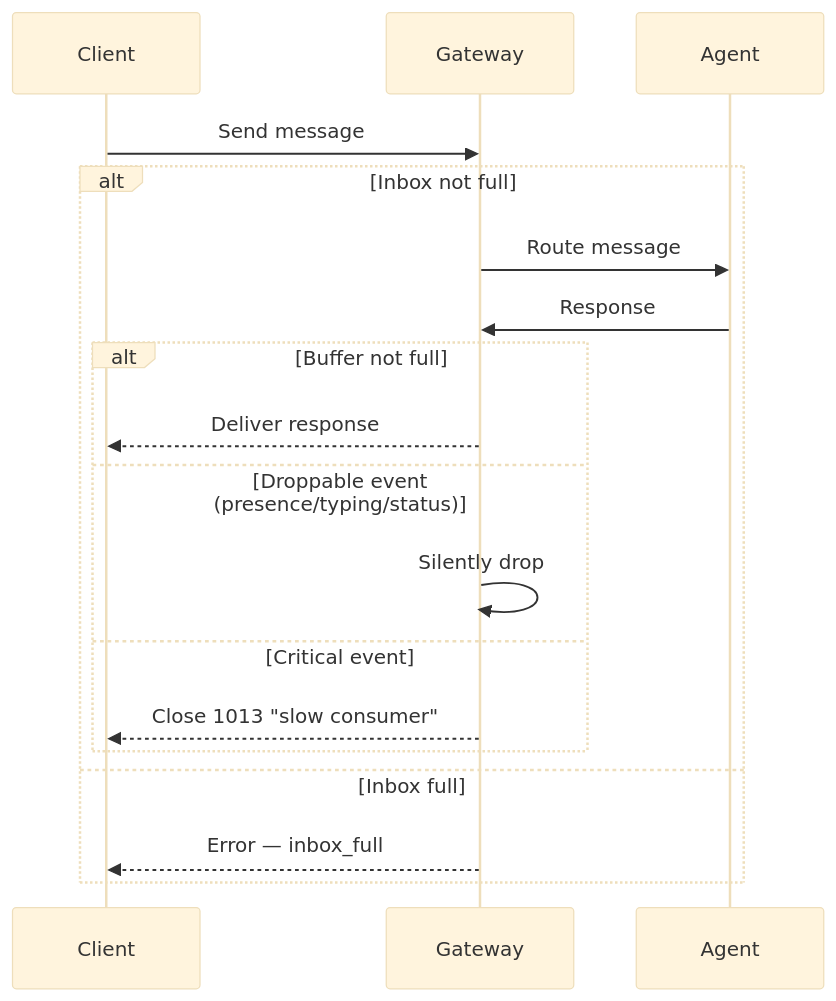
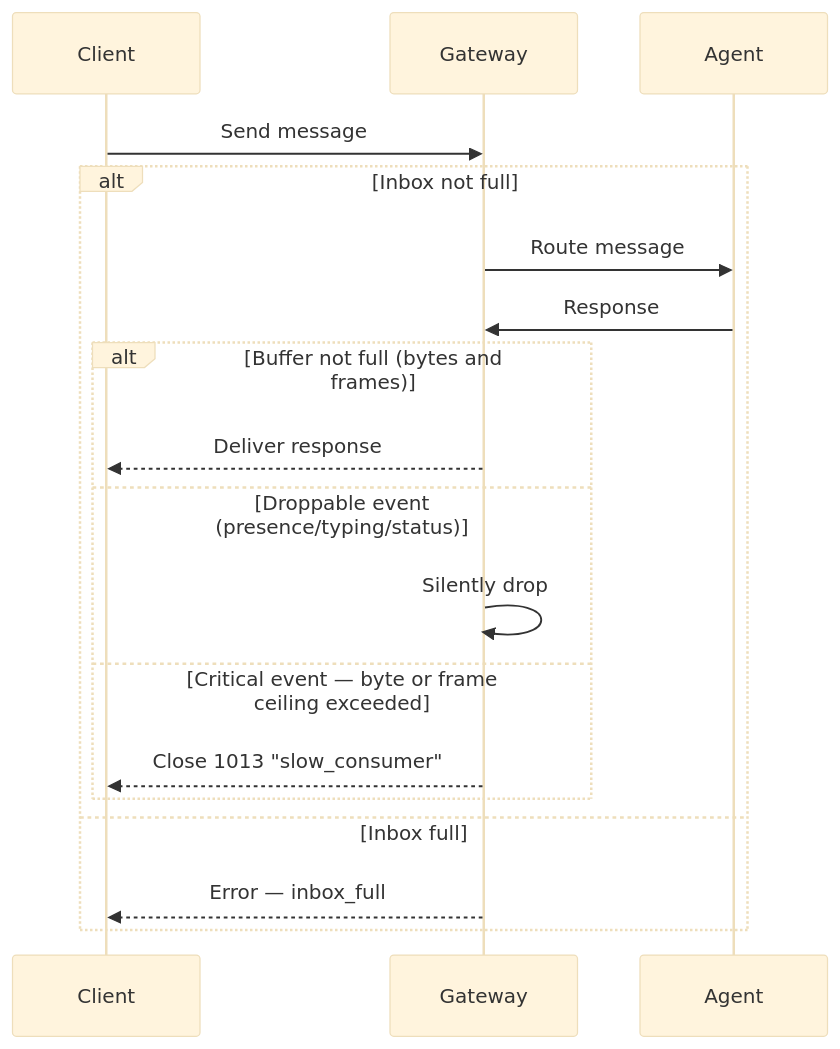
The second of 2 diagrams in docs/features/gateway-flow-control.mdx (MervinPraison/PraisonAIDocs), drawn with Mermaid (base theme) before and after one commit. The commit also changed other lines of this file and 4 other files, not shown here.

````diff
--- a/docs/features/gateway-flow-control.mdx
+++ b/docs/features/gateway-flow-control.mdx
@@ -79,21 +80,21 @@
 ```mermaid
 sequenceDiagram
     participant Client
     participant Gateway
     participant Agent
 
     Client->>Gateway: Send message
     alt Inbox not full
         Gateway->>Agent: Route message
         Agent->>Gateway: Response
-        alt Buffer not full
+        alt Buffer not full (bytes and frames)
             Gateway-->>Client: Deliver response
         else Droppable event (presence/typing/status)
             Gateway->>Gateway: Silently drop
-        else Critical event
-            Gateway-->>Client: Close 1013 "slow consumer"
+        else Critical event — byte or frame ceiling exceeded
+            Gateway-->>Client: Close 1013 "slow_consumer"
         end
     else Inbox full
         Gateway-->>Client: Error — inbox_full
     end
 ```
````
